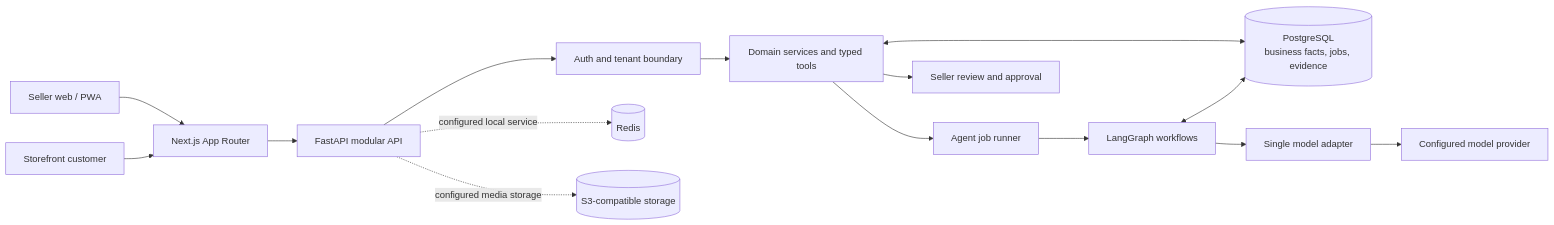
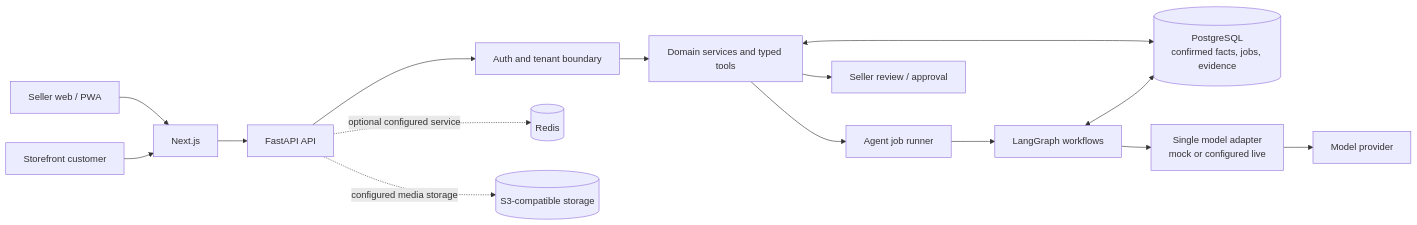
One commit to ABHIRAM-DEVP/Bizsaathi changed the diagram in README.md. Above: the diagram before and after it, drawn with Mermaid. The commit also changed other lines of this file, not shown here.

````diff
--- a/README.md
+++ b/README.md
@@ -70,17 +43,17 @@
 ```mermaid
 flowchart LR
-  SELLER[Seller web / PWA] --> WEB[Next.js App Router]
+  SELLER[Seller web / PWA] --> WEB[Next.js]
   CUSTOMER[Storefront customer] --> WEB
-  WEB --> API[FastAPI modular API]
+  WEB --> API[FastAPI API]
   API --> AUTH[Auth and tenant boundary]
   AUTH --> SERVICES[Domain services and typed tools]
-  SERVICES <--> DB[(PostgreSQL<br/>business facts, jobs, evidence)]
+  SERVICES <--> DB[(PostgreSQL<br/>confirmed facts, jobs, evidence)]
   SERVICES --> RUNNER[Agent job runner]
   RUNNER --> GRAPH[LangGraph workflows]
   GRAPH <--> DB
-  GRAPH --> ADAPTER[Single model adapter]
-  ADAPTER --> MODEL[Configured model provider]
-  SERVICES --> REVIEW[Seller review and approval]
-  API -. configured local service .-> REDIS[(Redis)]
+  GRAPH --> ADAPTER[Single model adapter<br/>mock or configured live]
+  ADAPTER --> MODEL[Model provider]
+  SERVICES --> REVIEW[Seller review / approval]
+  API -. optional configured service .-> REDIS[(Redis)]
   API -. configured media storage .-> STORAGE[(S3-compatible storage)]
 ```
````
